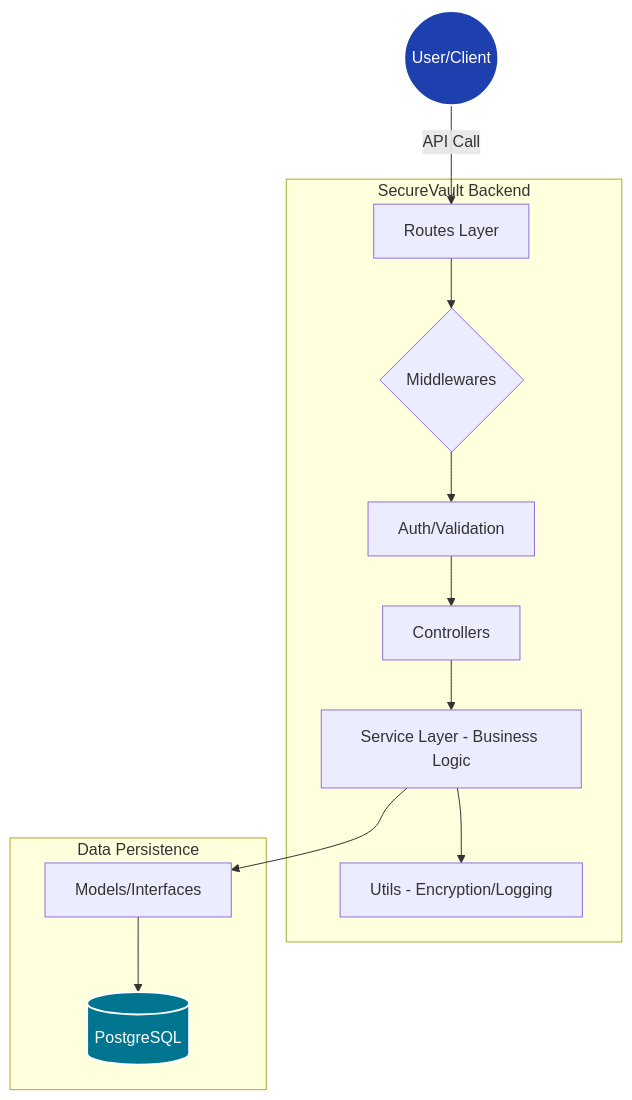
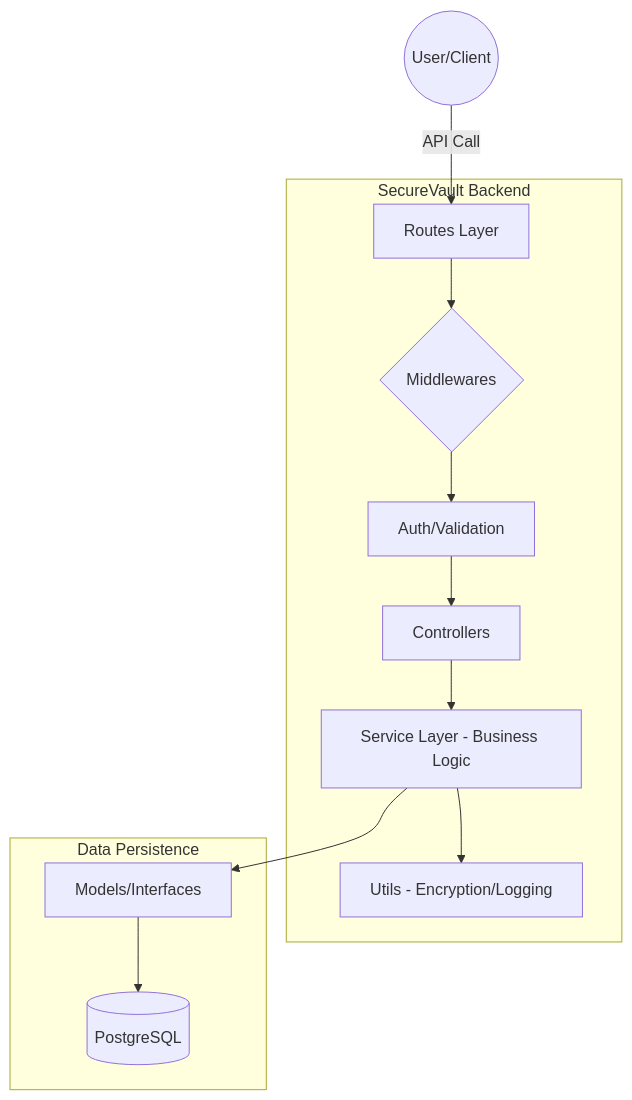
The diagram in README.md (pranitap123/securevault-backend), drawn with Mermaid before and after one commit.

Commit message:
docs: fix diagram styling and improve text contrast in README

````diff
--- a/README.md
+++ b/README.md
@@ -15,21 +15,21 @@
 ```mermaid
 graph TD
     User((User/Client)) -->|API Call| Routes[Routes Layer]
 
     subgraph Express_App [SecureVault Backend]
         Routes --> Middlewares{Middlewares}
         Middlewares --> Auth[Auth/Validation]
         Auth --> Controllers[Controllers]
         Controllers --> Services[Service Layer - Business Logic]
         Services --> Utils[Utils - Encryption/Logging]
     end
 
     subgraph Data_Layer [Data Persistence]
         Services --> Models[Models/Interfaces]
         Models --> DB[(PostgreSQL)]
     end
 
     %% Styling
-    style User fill:#1e40af,stroke:#fff,stroke-width:2px,color:#fff
-    style DB fill:#00758f,stroke:#fff,stroke-width:2px,color:#fff
+    classDef blueNode fill:#1e40af,stroke:#fff,stroke-width:2px,color:#fff;
+    classDef tealNode fill:#00758f,stroke:#fff,stroke-width:2px,color:#fff;
 ```
````
